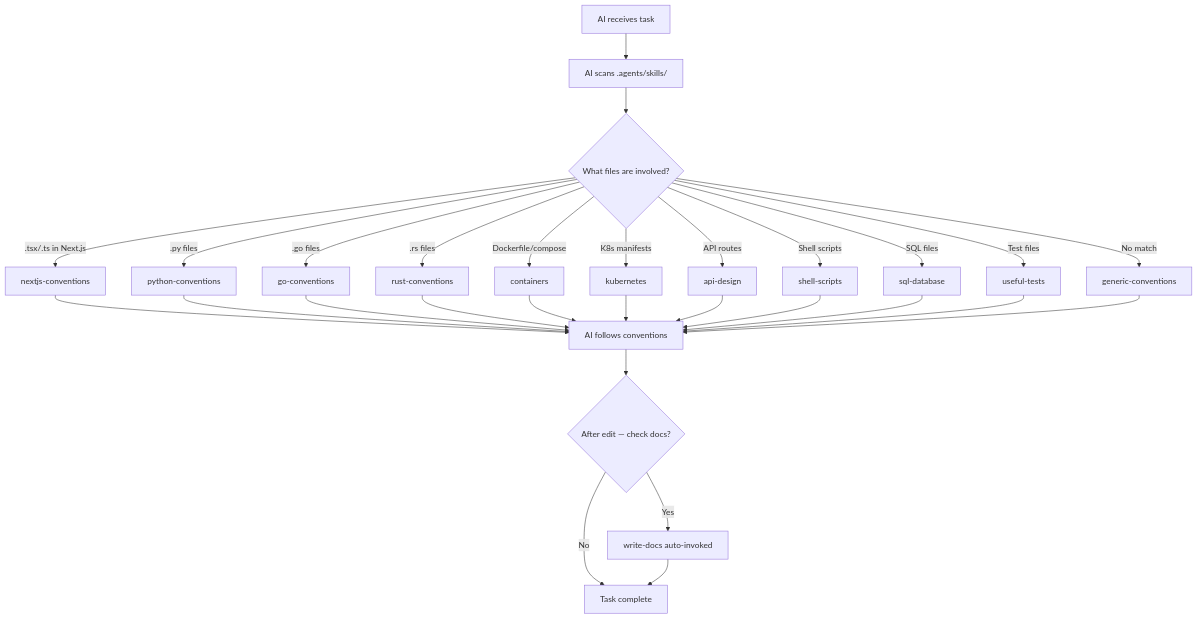
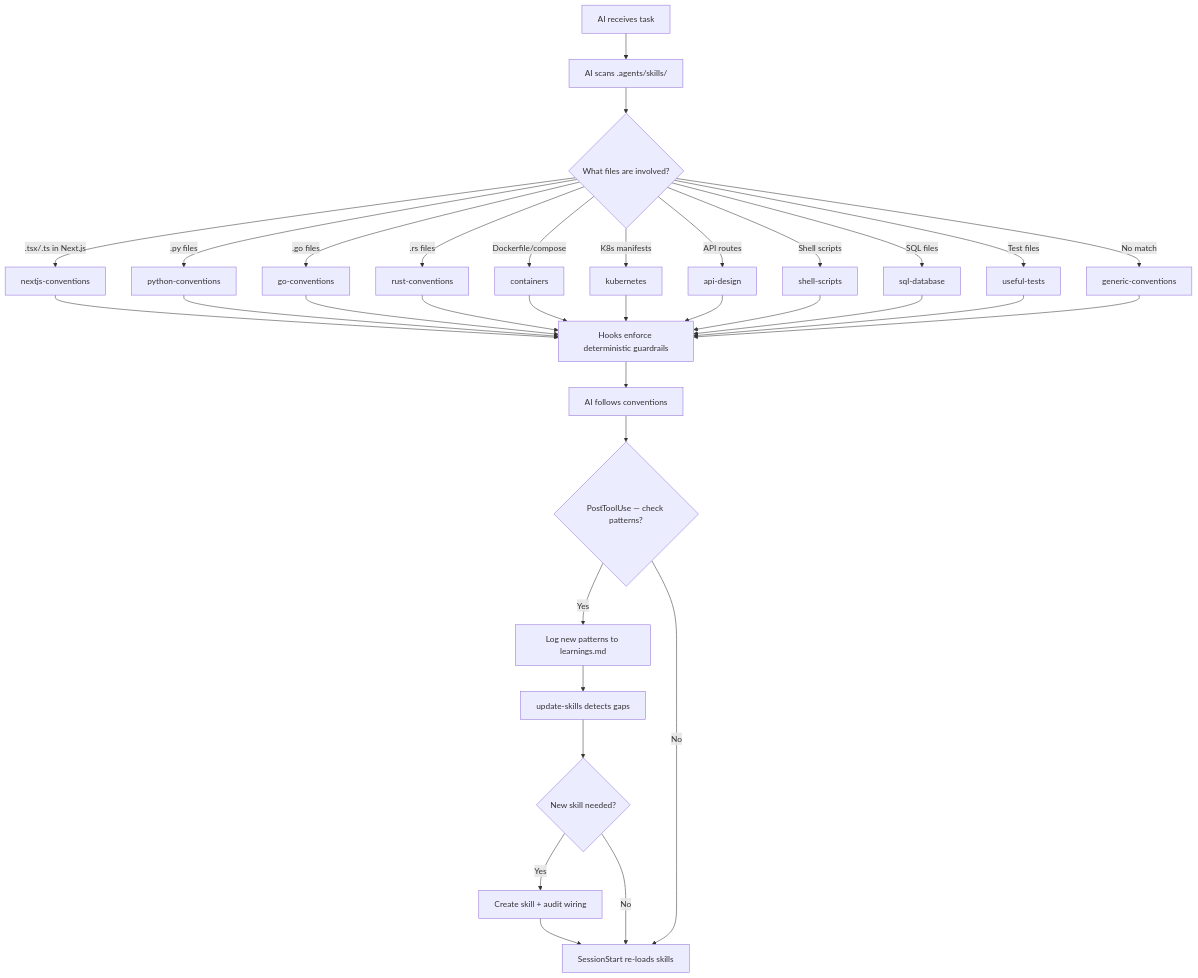
One commit to jtmb/ingenium changed the diagram in docs/ARCHITECTURE.md. Above: the diagram before and after it, drawn with Mermaid. The commit also changed other lines of this file and 5 other files, not shown here.

Commit message:
audit: extend coverage to hooks, self-learning, and fix doc discrepancies

````diff
--- a/docs/ARCHITECTURE.md
+++ b/docs/ARCHITECTURE.md
@@ -89,31 +102,36 @@
 ```mermaid
 graph TD
     A[AI receives task] --> B[AI scans .agents/skills/]
     B --> C{What files are involved?}
     C -->|.tsx/.ts in Next.js| D[nextjs-conventions]
     C -->|.py files| E[python-conventions]
     C -->|.go files| F[go-conventions]
     C -->|.rs files| G[rust-conventions]
     C -->|Dockerfile/compose| H[containers]
     C -->|K8s manifests| I[kubernetes]
     C -->|API routes| J[api-design]
     C -->|Shell scripts| K[shell-scripts]
     C -->|SQL files| L[sql-database]
     C -->|Test files| M[useful-tests]
     C -->|No match| N[generic-conventions]
-    D --> O[AI follows conventions]
+    D --> O[Hooks enforce deterministic guardrails]
     E --> O
     F --> O
     G --> O
     H --> O
     I --> O
     J --> O
     K --> O
     L --> O
     M --> O
     N --> O
-    O --> P{After edit — check docs?}
-    P -->|Yes| Q[write-docs auto-invoked]
-    P -->|No| R[Task complete]
-    Q --> R
+    O --> P[AI follows conventions]
+    P --> Q{PostToolUse — check patterns?}
+    Q -->|Yes| R[Log new patterns to learnings.md]
+    R --> S[update-skills detects gaps]
+    S --> T{New skill needed?}
+    T -->|Yes| U[Create skill + audit wiring]
+    T -->|No| V[SessionStart re-loads skills]
+    Q -->|No| V
+    U --> V
 ```
````
